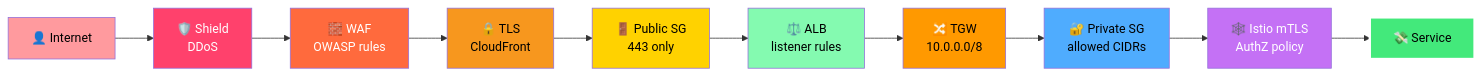
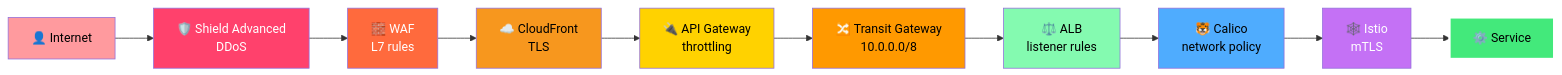
The fifth of 25 diagrams in README.md (muntaha747/FinTech-Enterprise-Project), drawn with Mermaid before and after one commit. The commit also changed other lines of this file and 1 other file, not shown here.

First line of the commit message:
README: align the whole README with the two architecture diagrams [skip ci]

````diff
--- a/README.md
+++ b/README.md
@@ -556,15 +450,15 @@
 ```mermaid
 flowchart LR
-    A[👤 Internet]:::i --> B[🛡️ Shield<br/>DDoS]:::s1 --> C[🧱 WAF<br/>OWASP rules]:::s2 --> D[🔒 TLS<br/>CloudFront]:::s3 --> E[🚪 Public SG<br/>443 only]:::s4 --> F[⚖️ ALB<br/>listener rules]:::s5 --> G[🔀 TGW<br/>10.0.0.0/8]:::s6 --> H[🔐 Private SG<br/>allowed CIDRs]:::s7 --> I[🕸️ Istio mTLS<br/>AuthZ policy]:::s8 --> J[💸 Service]:::ok
+    A[👤 Internet]:::i --> B[🛡️ Shield Advanced<br/>DDoS]:::s1 --> C[🧱 WAF<br/>L7 rules]:::s2 --> D[☁️ CloudFront<br/>TLS]:::s3 --> E[🔌 API Gateway<br/>throttling]:::s4 --> F[🔀 Transit Gateway<br/>10.0.0.0/8]:::s5 --> G[⚖️ ALB<br/>listener rules]:::s6 --> H[🐯 Calico<br/>network policy]:::s7 --> I[🕸️ Istio<br/>mTLS]:::s8 --> J[⚙️ Service]:::ok
 
     classDef i fill:#ff9a9e,color:#000
     classDef s1 fill:#ff416c,color:#fff
     classDef s2 fill:#ff6a3d,color:#fff
     classDef s3 fill:#f7971e,color:#000
     classDef s4 fill:#ffd200,color:#000
-    classDef s5 fill:#84fab0,color:#000
-    classDef s6 fill:#ff9900,color:#000
+    classDef s5 fill:#ff9900,color:#000
+    classDef s6 fill:#84fab0,color:#000
     classDef s7 fill:#4facfe,color:#000
     classDef s8 fill:#c471f5,color:#fff
     classDef ok fill:#43e97b,color:#000,stroke:#fff,stroke-width:3px
 ```
````
